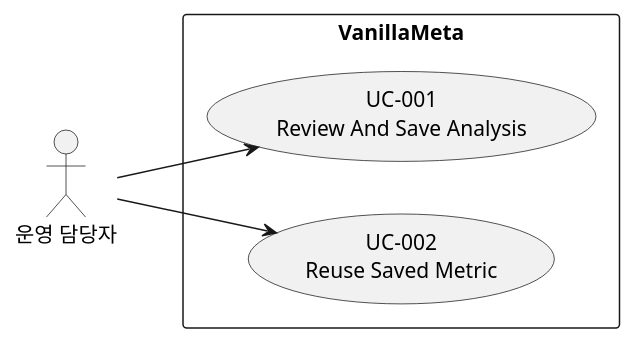
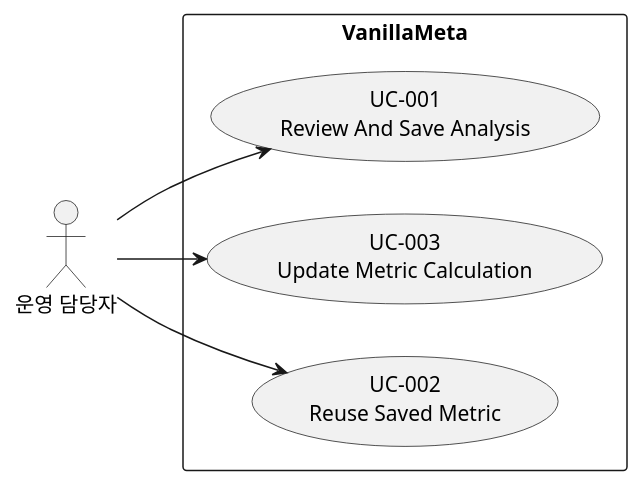
One commit to vanillabrain/vanillameta changed the diagram in docs/use_cases.puml. Above: the diagram before and after it, drawn with PlantUML. The commit also changed 22 other files, not shown here.

```diff
--- a/docs/use_cases.puml
+++ b/docs/use_cases.puml
@@ -1,10 +1,12 @@
 @startuml
 left to right direction
 actor "운영 담당자" as operator
 rectangle "VanillaMeta" {
  usecase "UC-001\nReview And Save Analysis" as UC001
+ usecase "UC-003\nUpdate Metric Calculation" as UC003
  usecase "UC-002\nReuse Saved Metric" as UC002
 }
+operator --> UC003
 operator --> UC002
 operator --> UC001
 @enduml
```
